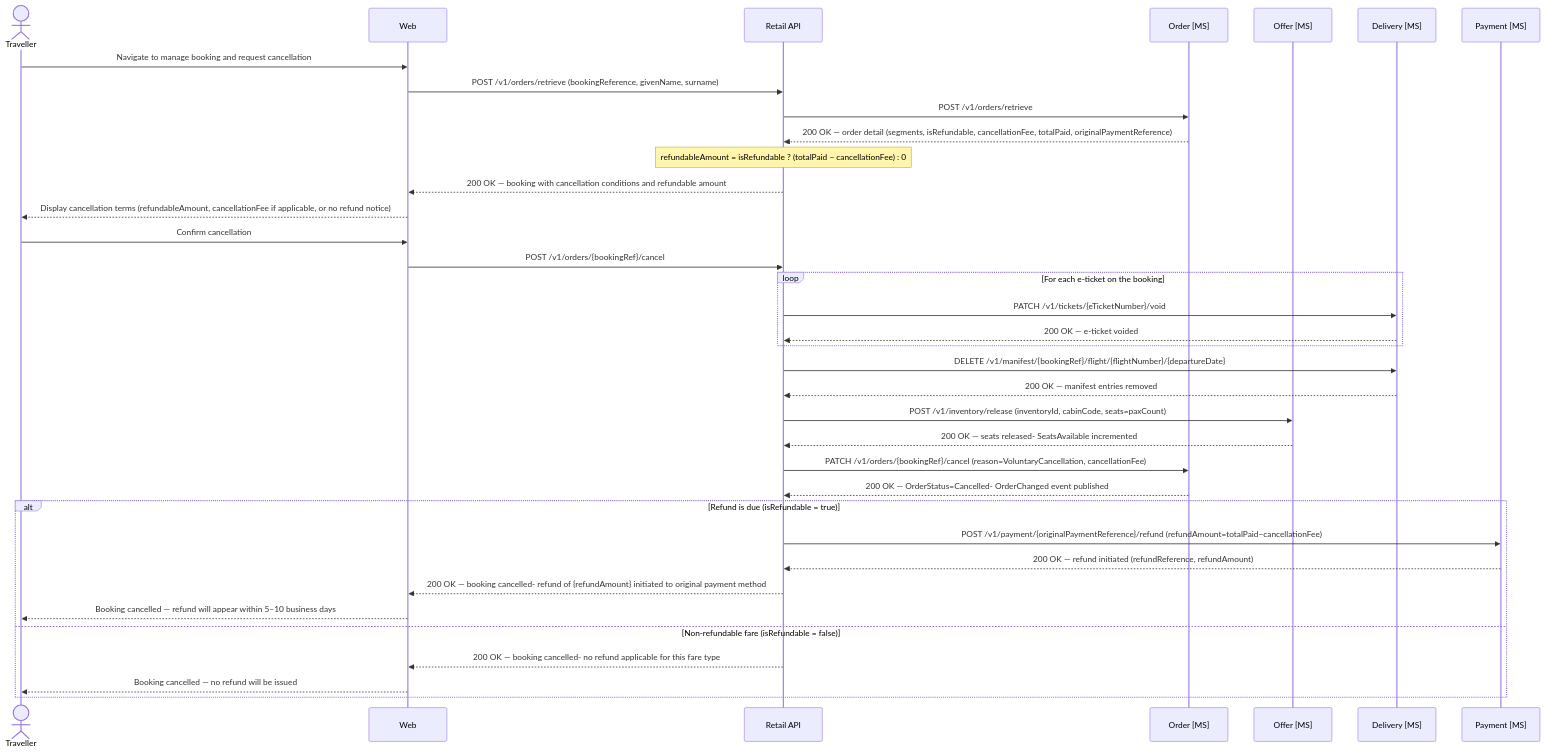
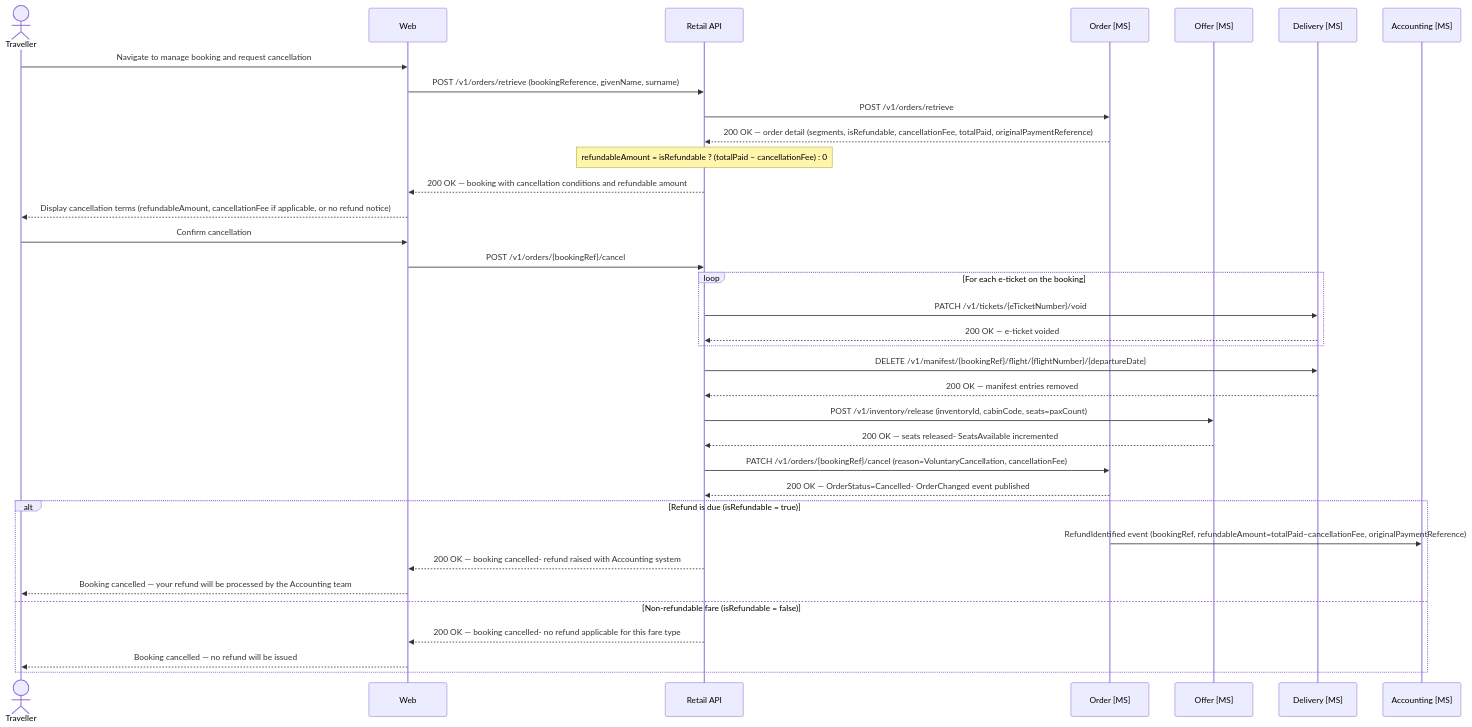
Before and after one commit to sebharvey/airline-reservation-system: the seventh of 26 diagrams in architecture/design.md, drawn with Mermaid. The commit also changed other lines of this file, not shown here.

Commit message:
Document that refunds are handled by the Accounting system, not the reservation system
When a refund is identified on cancellation, the Order MS publishes a
RefundIdentified event to the Accounting system. The Accounting system
is responsible for issuing the refund and is outside the scope of the
reservation system. Updated bullet points and sequence diagram in the
Cancel Booking section accordingly.

https://claude.ai/code/session_015eQs7LwiRnny93ZdyayrEK

````diff
--- a/architecture/design.md
+++ b/architecture/design.md
@@ -1178,45 +1178,44 @@
 ```mermaid
 sequenceDiagram
     actor Traveller
     participant Web
     participant RetailAPI as Retail API
     participant OrderMS as Order [MS]
     participant OfferMS as Offer [MS]
     participant DeliveryMS as Delivery [MS]
-    participant PaymentMS as Payment [MS]
+    participant AccountingMS as Accounting [MS]
 
     Traveller->>Web: Navigate to manage booking and request cancellation
     Web->>RetailAPI: POST /v1/orders/retrieve (bookingReference, givenName, surname)
     RetailAPI->>OrderMS: POST /v1/orders/retrieve
     OrderMS-->>RetailAPI: 200 OK — order detail (segments, isRefundable, cancellationFee, totalPaid, originalPaymentReference)
     Note over RetailAPI: refundableAmount = isRefundable ? (totalPaid − cancellationFee) : 0
     RetailAPI-->>Web: 200 OK — booking with cancellation conditions and refundable amount
 
     Web-->>Traveller: Display cancellation terms (refundableAmount, cancellationFee if applicable, or no refund notice)
     Traveller->>Web: Confirm cancellation
     Web->>RetailAPI: POST /v1/orders/{bookingRef}/cancel
 
     loop For each e-ticket on the booking
         RetailAPI->>DeliveryMS: PATCH /v1/tickets/{eTicketNumber}/void
         DeliveryMS-->>RetailAPI: 200 OK — e-ticket voided
     end
 
     RetailAPI->>DeliveryMS: DELETE /v1/manifest/{bookingRef}/flight/{flightNumber}/{departureDate}
     DeliveryMS-->>RetailAPI: 200 OK — manifest entries removed
 
     RetailAPI->>OfferMS: POST /v1/inventory/release (inventoryId, cabinCode, seats=paxCount)
     OfferMS-->>RetailAPI: 200 OK — seats released- SeatsAvailable incremented
 
     RetailAPI->>OrderMS: PATCH /v1/orders/{bookingRef}/cancel (reason=VoluntaryCancellation, cancellationFee)
     OrderMS-->>RetailAPI: 200 OK — OrderStatus=Cancelled- OrderChanged event published
 
     alt Refund is due (isRefundable = true)
-        RetailAPI->>PaymentMS: POST /v1/payment/{originalPaymentReference}/refund (refundAmount=totalPaid−cancellationFee)
-        PaymentMS-->>RetailAPI: 200 OK — refund initiated (refundReference, refundAmount)
-        RetailAPI-->>Web: 200 OK — booking cancelled- refund of {refundAmount} initiated to original payment method
-        Web-->>Traveller: Booking cancelled — refund will appear within 5–10 business days
+        OrderMS->>AccountingMS: RefundIdentified event (bookingRef, refundableAmount=totalPaid−cancellationFee, originalPaymentReference)
+        RetailAPI-->>Web: 200 OK — booking cancelled- refund raised with Accounting system
+        Web-->>Traveller: Booking cancelled — your refund will be processed by the Accounting team
     else Non-refundable fare (isRefundable = false)
         RetailAPI-->>Web: 200 OK — booking cancelled- no refund applicable for this fare type
         Web-->>Traveller: Booking cancelled — no refund will be issued
     end
 ```
````
